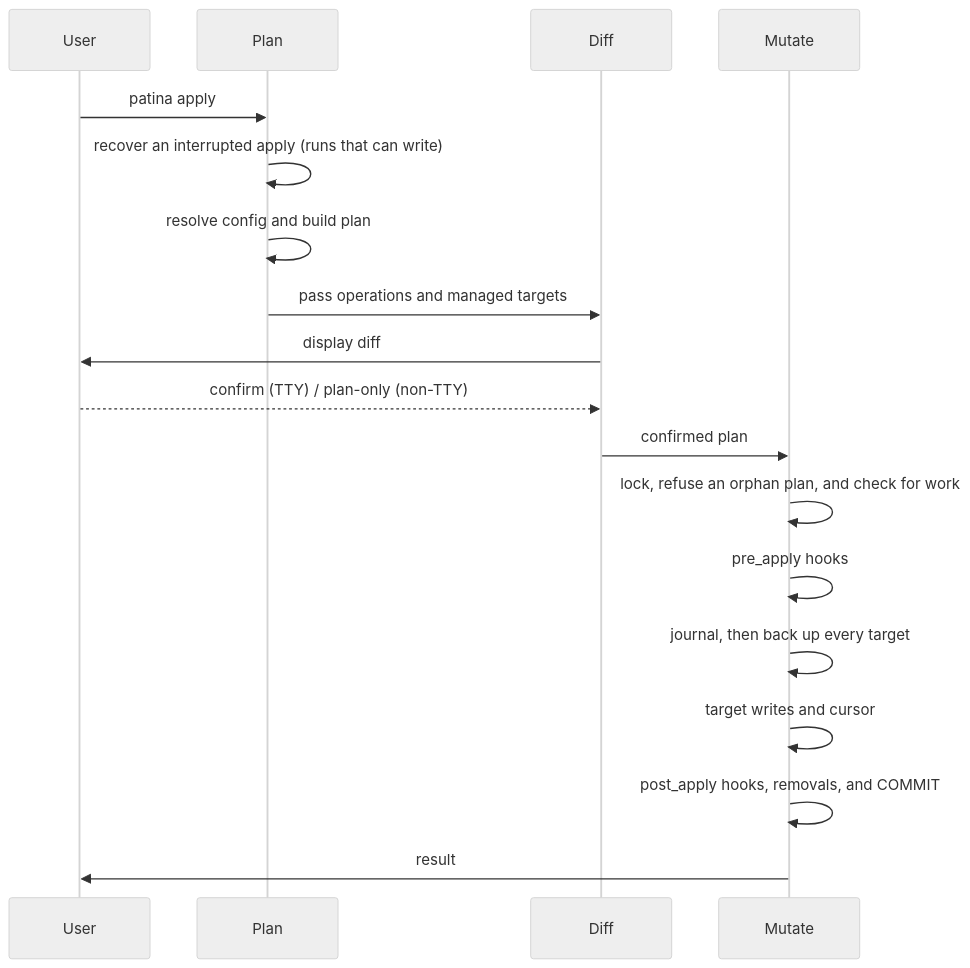
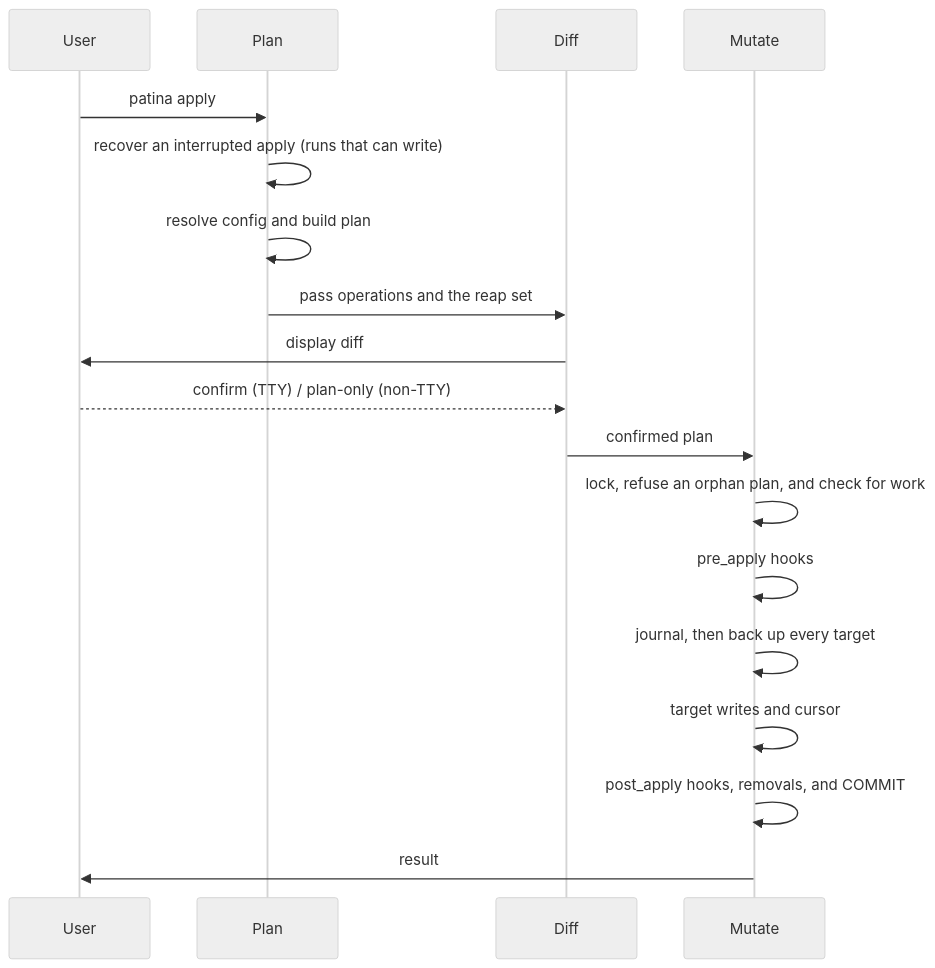
One commit to kvnxiao/patina changed the third of 3 diagrams in docs/ARCHITECTURE.md. Above: the diagram before and after it, drawn with Mermaid (neutral theme). The commit also changed other lines of this file and 5 other files, not shown here.

````diff
--- a/docs/ARCHITECTURE.md
+++ b/docs/ARCHITECTURE.md
@@ -160,20 +162,20 @@
 ```mermaid
 sequenceDiagram
     participant U as User
     participant P as Plan
     participant D as Diff
     participant M as Mutate
     U->>P: patina apply
     P->>P: recover an interrupted apply (runs that can write)
     P->>P: resolve config and build plan
-    P->>D: pass operations and managed targets
+    P->>D: pass operations and the reap set
     D->>U: display diff
     U-->>D: confirm (TTY) / plan-only (non-TTY)
     D->>M: confirmed plan
     M->>M: lock, refuse an orphan plan, and check for work
     M->>M: pre_apply hooks
     M->>M: journal, then back up every target
     M->>M: target writes and cursor
     M->>M: post_apply hooks, removals, and COMMIT
     M->>U: result
 ```
````
